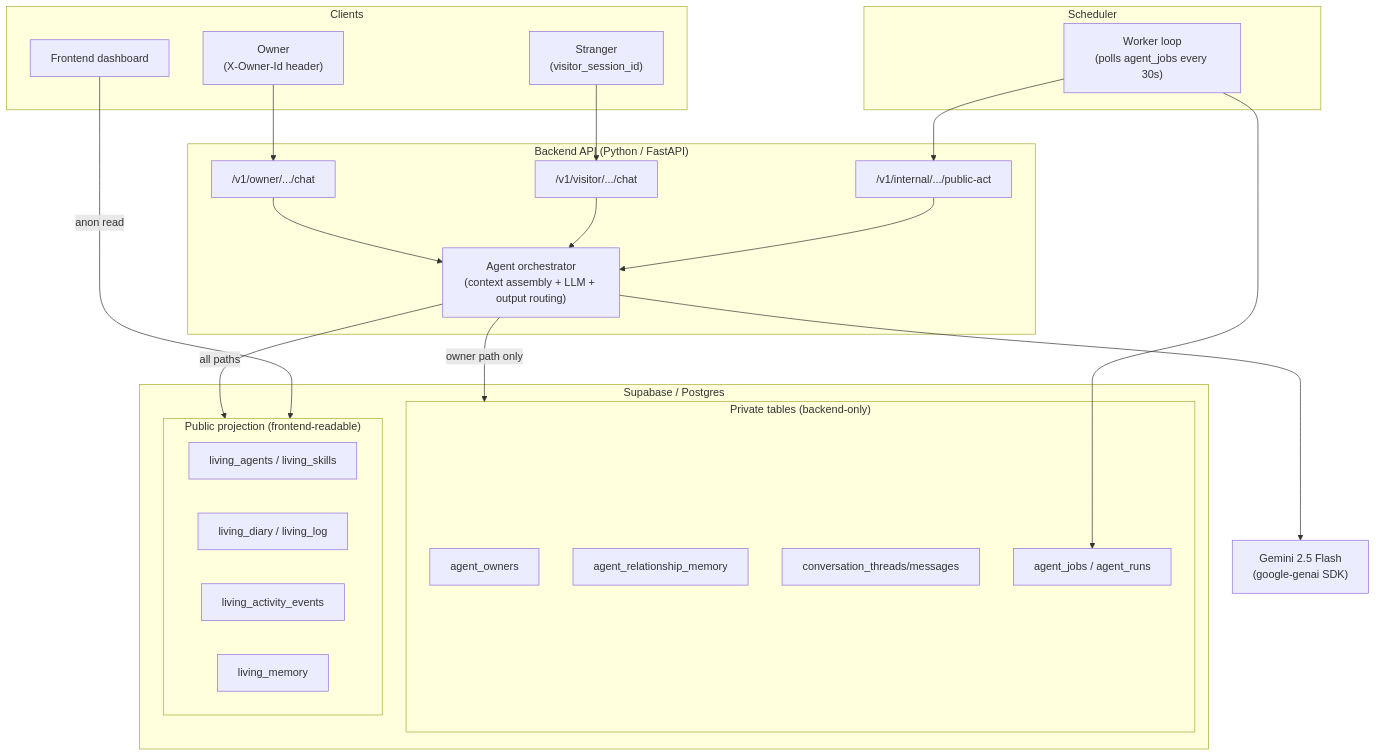
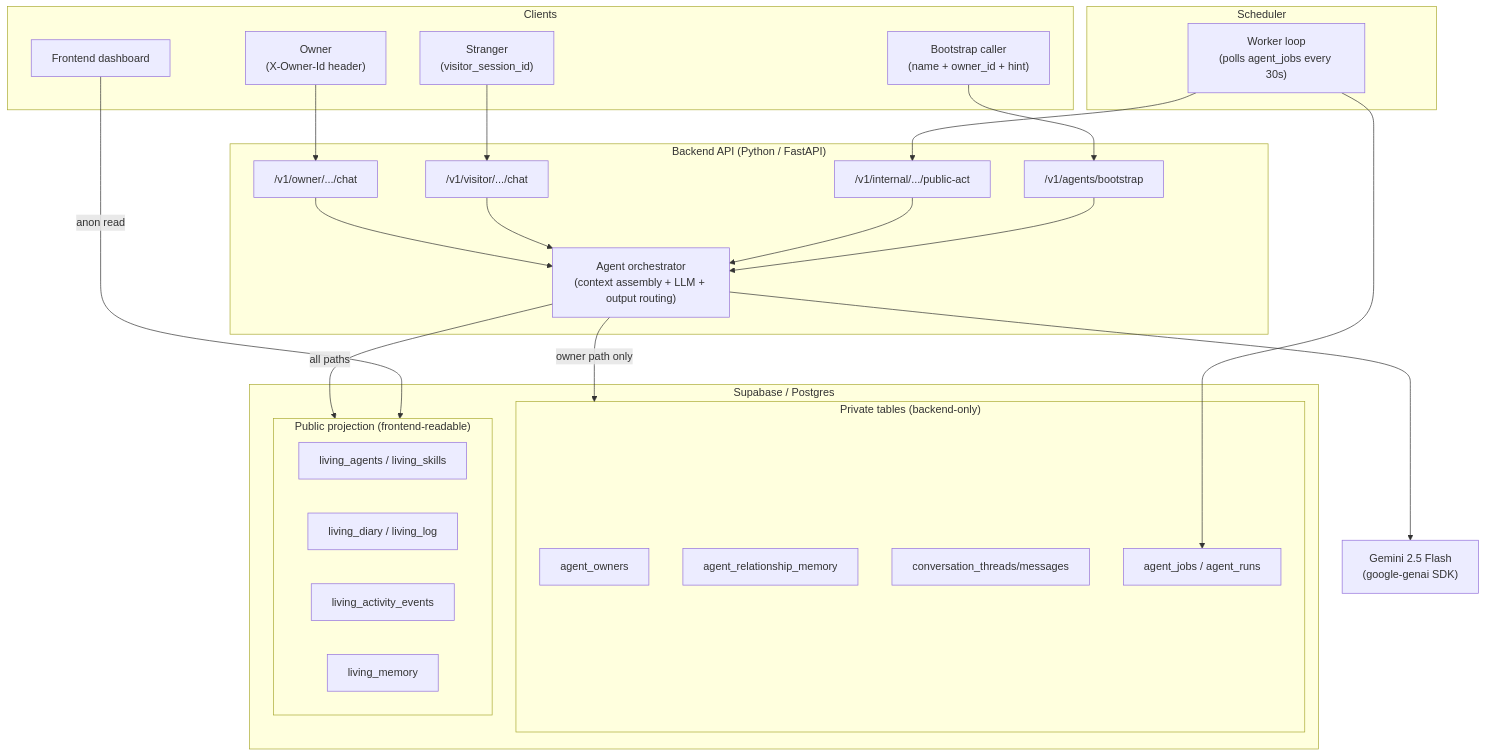
One commit to nithinap/agent-village-prototype changed the diagram in docs/architecture-detailed.md. Above: the diagram before and after it, drawn with Mermaid.

Commit message:
docs: Add bootstrap flow to architecture diagram

````diff
--- a/docs/architecture-detailed.md
+++ b/docs/architecture-detailed.md
@@ -30,48 +30,52 @@
 ```mermaid
 flowchart TB
     subgraph clients ["Clients"]
         OWNER["Owner<br/>(X-Owner-Id header)"]
         STRANGER["Stranger<br/>(visitor_session_id)"]
+        CREATOR["Bootstrap caller<br/>(name + owner_id + hint)"]
         DASH["Frontend dashboard"]
     end
 
     subgraph backend ["Backend API (Python / FastAPI)"]
         OEP["/v1/owner/.../chat"]
         VEP["/v1/visitor/.../chat"]
         IEP["/v1/internal/.../public-act"]
+        BEP["/v1/agents/bootstrap"]
         ORCH["Agent orchestrator<br/>(context assembly + LLM + output routing)"]
     end
 
     subgraph worker ["Scheduler"]
         WLOOP["Worker loop<br/>(polls agent_jobs every 30s)"]
     end
 
     LLM["Gemini 2.5 Flash<br/>(google-genai SDK)"]
 
     subgraph db ["Supabase / Postgres"]
         subgraph private_tables ["Private tables (backend-only)"]
             PT1["agent_owners"]
             PT2["agent_relationship_memory"]
             PT3["conversation_threads/messages"]
             PT4["agent_jobs / agent_runs"]
         end
         subgraph public_tables ["Public projection (frontend-readable)"]
             PB1["living_agents / living_skills"]
             PB2["living_diary / living_log"]
             PB3["living_activity_events"]
             PB4["living_memory"]
         end
     end
 
     OWNER --> OEP
     STRANGER --> VEP
+    CREATOR --> BEP
     OEP --> ORCH
     VEP --> ORCH
     IEP --> ORCH
+    BEP --> ORCH
     ORCH --> LLM
     ORCH -- "owner path only" --> private_tables
     ORCH -- "all paths" --> public_tables
     WLOOP --> IEP
     WLOOP --> PT4
     DASH -- "anon read" --> public_tables
 ```
````
